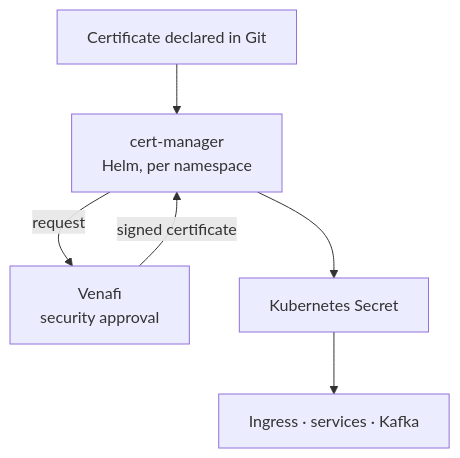
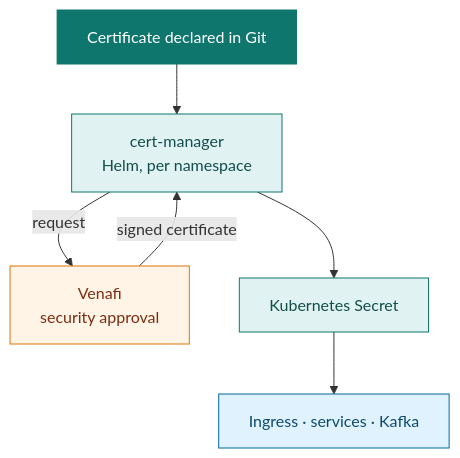
One commit to chanupen/chanupen changed the first of 3 diagrams in README.md. Above: the diagram before and after it, drawn with Mermaid. The commit also changed other lines of this file and 2 other files, not shown here.

Commit message:
Add colour: teal accent header, brand-coloured badges, styled diagrams

````diff
--- a/README.md
+++ b/README.md
@@ -56,8 +64,16 @@
 ```mermaid
 flowchart TB
     A["Certificate declared in Git"] --> B["cert-manager<br/>Helm, per namespace"]
     B -->|request| C["Venafi<br/>security approval"]
     C -->|signed certificate| B
     B --> D["Kubernetes Secret"]
     D --> E["Ingress · services · Kafka"]
+    classDef src fill:#0f766e,stroke:#0f766e,color:#ffffff
+    classDef step fill:#e0f2f1,stroke:#0f766e,color:#134e4a
+    classDef gate fill:#fff4e5,stroke:#d97706,color:#7c2d12
+    classDef out fill:#e0f2fe,stroke:#0369a1,color:#0c4a6e
+    class A src
+    class B,D step
+    class C gate
+    class E out
 ```
````
